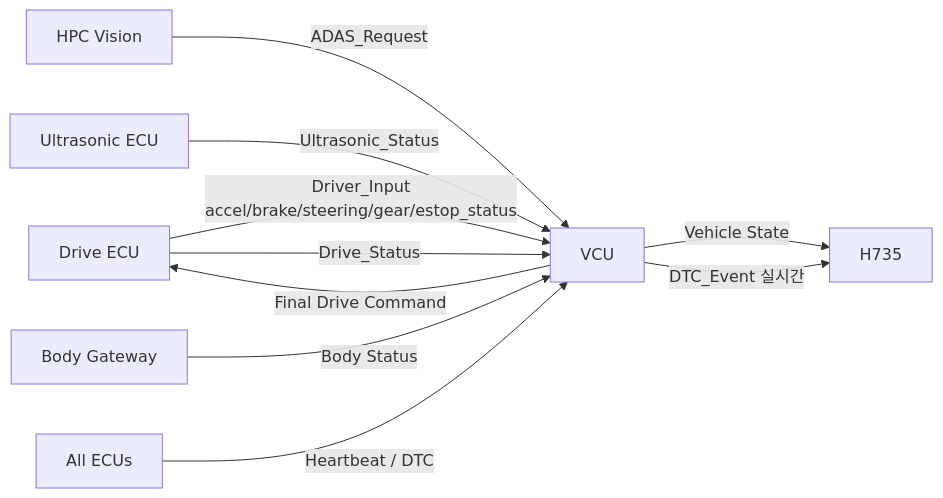
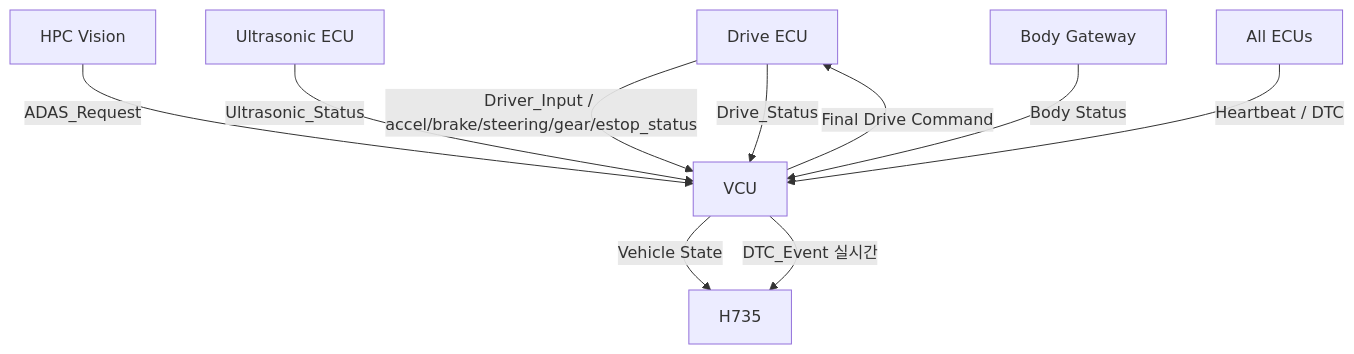
Before and after one commit to sunmaan22/SDV_MCU_Project: the first of 5 diagrams in docs/ecus/VCU_DTC_CAN_Integration/ARCHITECTURE.md, drawn with Mermaid. The commit also changed other lines of this file and 33 other files, not shown here.

````diff
--- a/docs/ecus/VCU_DTC_CAN_Integration/ARCHITECTURE.md
+++ b/docs/ecus/VCU_DTC_CAN_Integration/ARCHITECTURE.md
@@ -87,12 +87,12 @@
 ```mermaid
-flowchart LR
-    DRIVE[Drive ECU] -->|Driver_Input<br/>accel/brake/steering/gear/estop_status| VCU[VCU]
-    HPC[HPC Vision] -->|ADAS_Request| VCU
-    US[Ultrasonic ECU] -->|Ultrasonic_Status| VCU
-    DRIVE -->|Drive_Status| VCU
-    BODY[Body Gateway] -->|Body Status| VCU
-    ALL[All ECUs] -->|Heartbeat / DTC| VCU
-    VCU -->|Final Drive Command| DRIVE
-    VCU -->|Vehicle State| HMI[H735]
-    VCU -->|DTC_Event 실시간| HMI
+flowchart TD
+    DRIVE["Drive ECU"] -->|"Driver_Input / accel/brake/steering/gear/estop_status"| VCU["VCU"]
+    HPC["HPC Vision"] -->|"ADAS_Request"| VCU
+    US["Ultrasonic ECU"] -->|"Ultrasonic_Status"| VCU
+    DRIVE -->|"Drive_Status"| VCU
+    BODY["Body Gateway"] -->|"Body Status"| VCU
+    ALL["All ECUs"] -->|"Heartbeat / DTC"| VCU
+    VCU -->|"Final Drive Command"| DRIVE
+    VCU -->|"Vehicle State"| HMI["H735"]
+    VCU -->|"DTC_Event 실시간"| HMI
 ```
````
